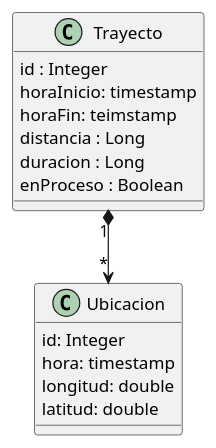
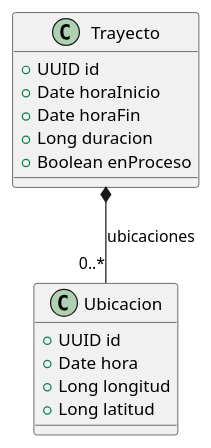
Before and after one commit to sw-labs/springboot-usecase-api-tutorial: the diagram in docs/clases-dominio.md, drawn with PlantUML. The commit also changed other lines of this file and 15 other files, not shown here.

````diff
--- a/docs/clases-dominio.md
+++ b/docs/clases-dominio.md
@@ -12,24 +4,23 @@
 ```uml
-@startuml
+@startuml clases-dominio
 
 class Trayecto {
-  id : Integer
-  horaInicio: timestamp
-  horaFin: teimstamp
-  distancia : Long
-  duracion : Long
-  enProceso : Boolean
-}
+  + UUID id  
+  + Date horaInicio
+  + Date horaFin
+  + Long duracion
+  + Boolean enProceso
+  }
 
+  class Ubicacion {
+  + UUID id
+  + Date hora
+  + Long longitud
+  + Long latitud 
+  }
 
-class Ubicacion {
-  id: Integer
-  hora: timestamp
-  longitud: double
-  latitud: double 
-}
+  Trayecto *-- "0..*" Ubicacion : ubicaciones	
 
-Trayecto "1" *--> "*" Ubicacion
 
 @enduml
 ```
````
